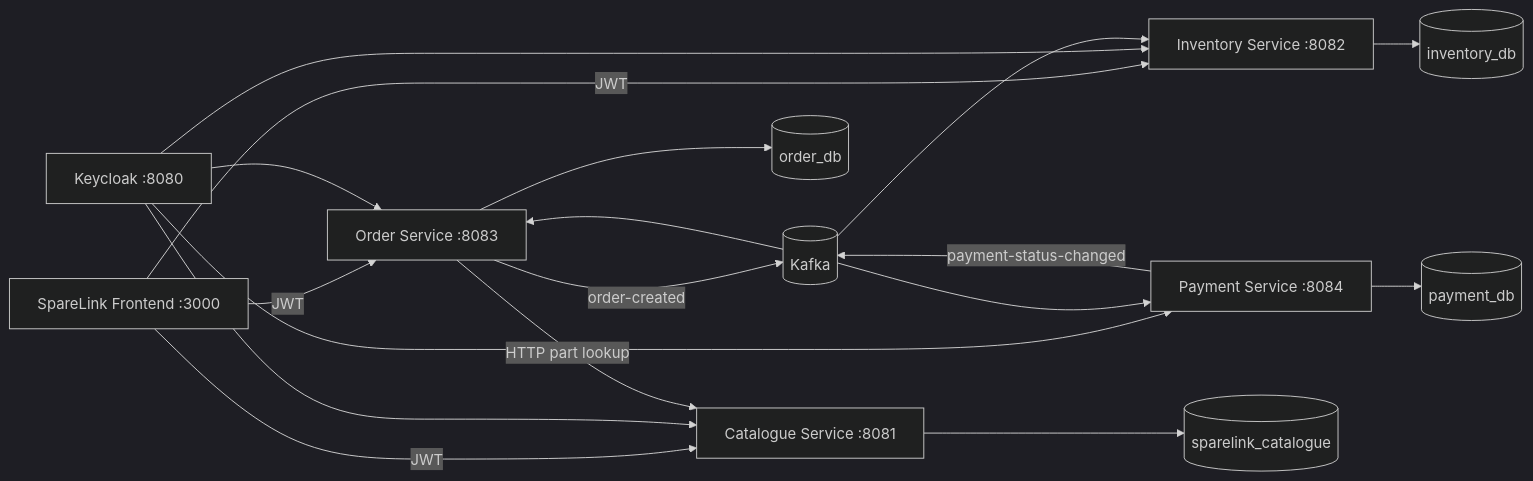
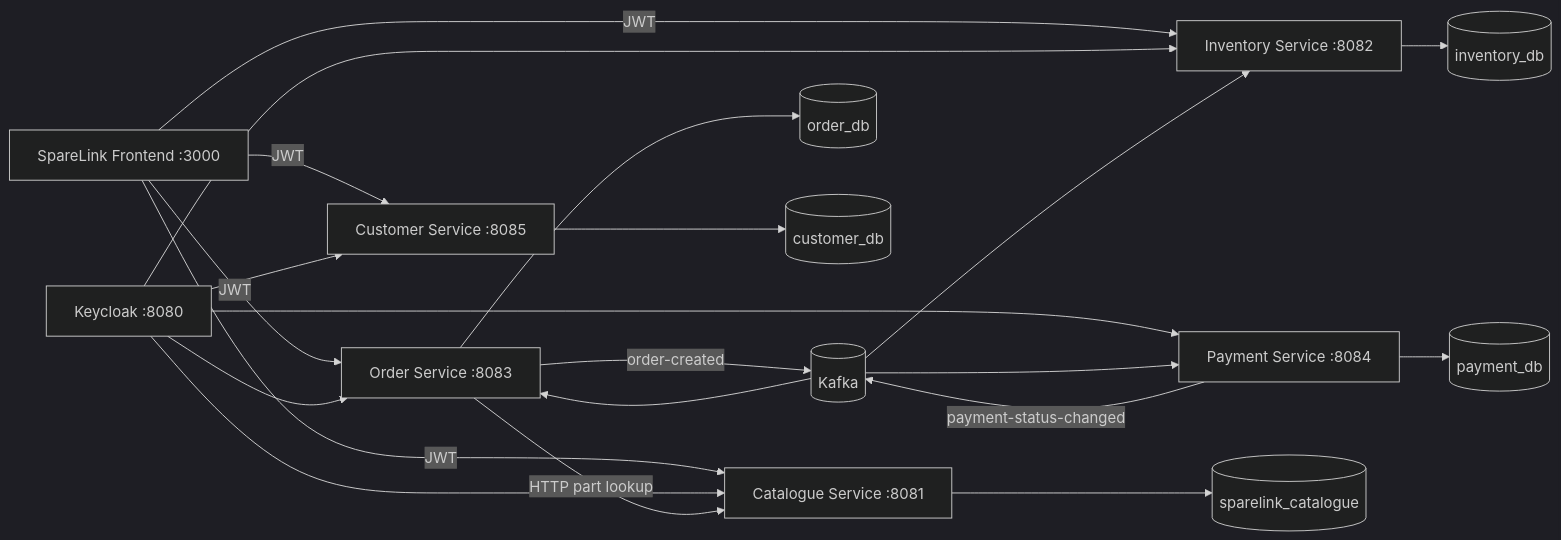
One commit to tadiwanashe-mashongwa/sparelink-platform changed the diagram in README.md. Above: the diagram before and after it, drawn with Mermaid (dark theme). The commit also changed other lines of this file and 2 other files, not shown here.

Commit message:
feat: add customer service to platform stack

````diff
--- a/README.md
+++ b/README.md
@@ -9,20 +9,23 @@
 ```mermaid
 flowchart LR
     Client[SpareLink Frontend :3000] -->|JWT| Order[Order Service :8083]
     Client -->|JWT| Catalogue[Catalogue Service :8081]
     Client -->|JWT| Inventory[Inventory Service :8082]
+    Client -->|JWT| Customer[Customer Service :8085]
     Keycloak[Keycloak :8080] --> Order
     Keycloak --> Catalogue
     Keycloak --> Inventory
     Keycloak --> Payment
+    Keycloak --> Customer
     Order -->|HTTP part lookup| Catalogue
     Order -->|order-created| Kafka[(Kafka)]
     Kafka --> Inventory
     Kafka --> Payment[Payment Service :8084]
     Payment -->|payment-status-changed| Kafka
     Kafka --> Order
     Order --> OrderDb[(order_db)]
     Payment --> PaymentDb[(payment_db)]
     Catalogue --> CatalogueDb[(sparelink_catalogue)]
     Inventory --> InventoryDb[(inventory_db)]
+    Customer --> CustomerDb[(customer_db)]
 ```
````
